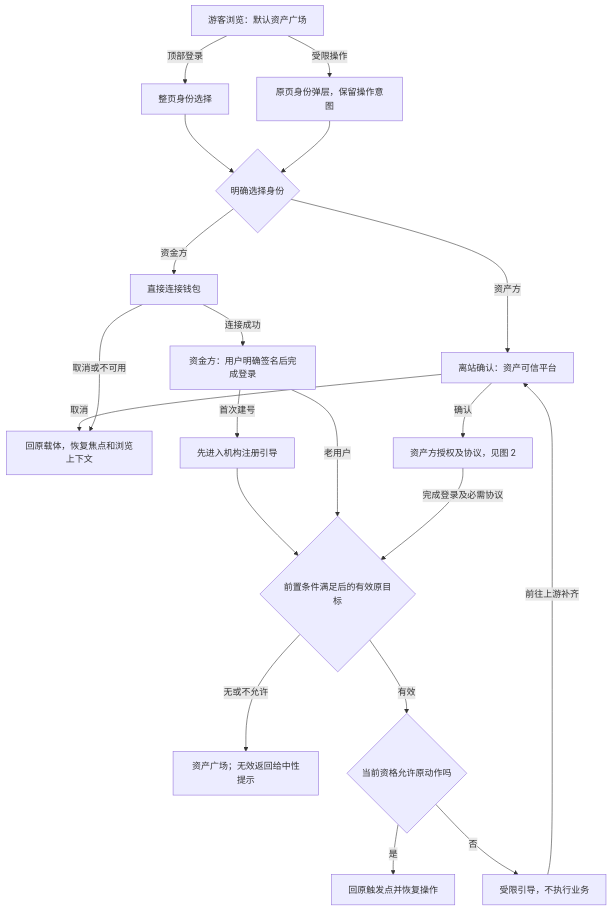
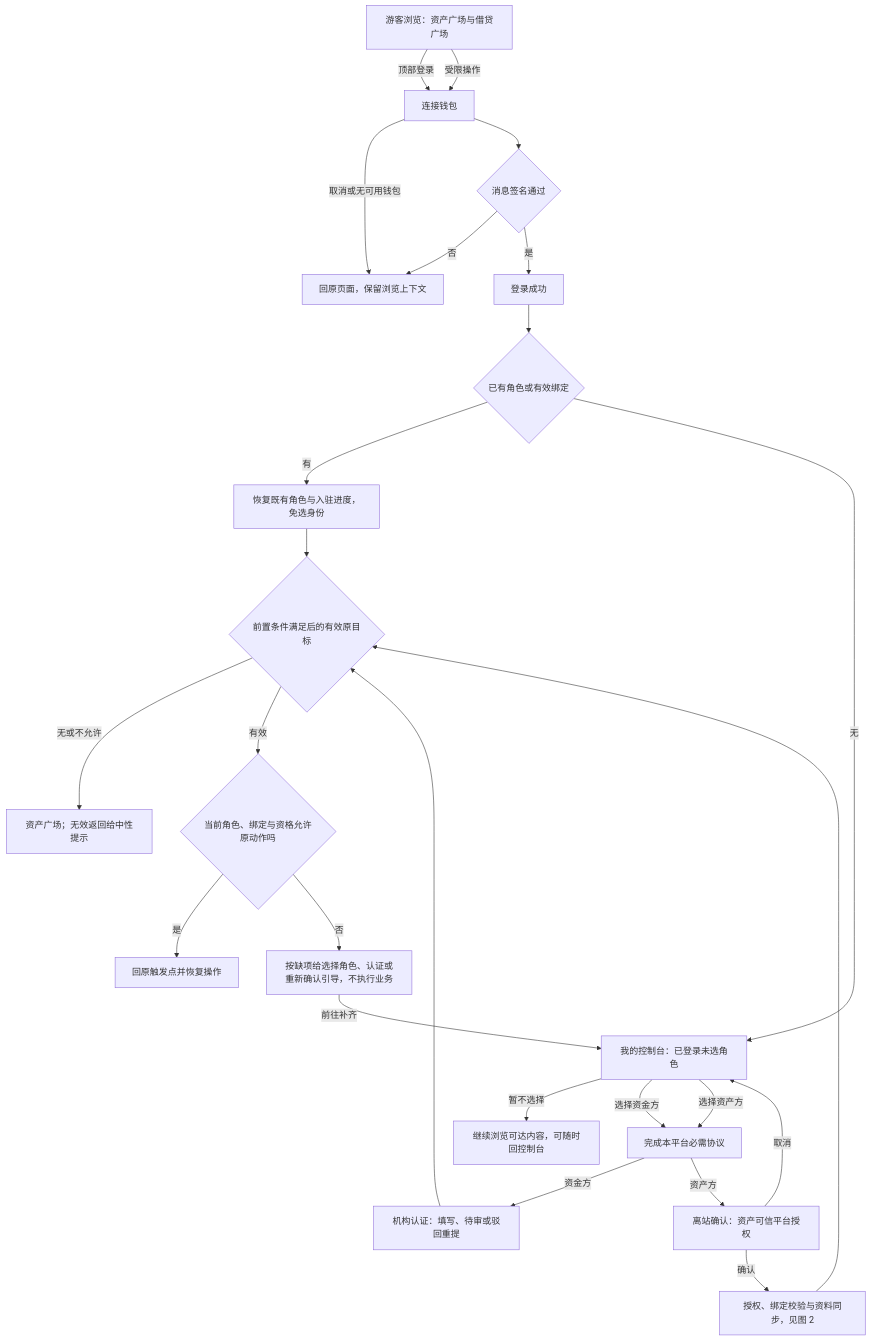
Before and after one commit to wxblockchain/Chain-Financing: the first of 7 diagrams in lending-platform/PRD/v2.0-登录与账户体系/02-登录主干与资产方SSO接入-流程图与状态机.md, drawn with Mermaid. The commit also changed other lines of this file and 2 other files, not shown here.

First line of the commit message:
docs(WS-371): rework login trunk to unified wallet sign-in with role choice in console

````diff
--- a/lending-platform/PRD/v2.0-登录与账户体系/02-登录主干与资产方SSO接入-流程图与状态机.md
+++ b/lending-platform/PRD/v2.0-登录与账户体系/02-登录主干与资产方SSO接入-流程图与状态机.md
@@ -10,22 +10,27 @@
 ```mermaid
 flowchart TD
-    G["游客浏览：默认资产广场"] -->|顶部登录| P["整页身份选择"]
-    G -->|受限操作| C["原页身份弹层，保留操作意图"]
-    P --> R{"明确选择身份"}
-    C --> R
-    R -->|资产方| L["离站确认：资产可信平台"]
-    L -->|取消| O["回原载体，恢复焦点和浏览上下文"]
-    L -->|确认| A["资产方授权及协议，见图 2"]
-    R -->|资金方| W["直接连接钱包"]
-    W -->|取消或不可用| O
-    W -->|连接成功| F["资金方：用户明确签名后完成登录"]
-    F -->|首次建号| B["先进入机构注册引导"]
-    B --> NEXT{"前置条件满足后的有效原目标"}
-    F -->|老用户| NEXT
-    A -->|完成登录及必需协议| NEXT
+    G["游客浏览：资产广场与借贷广场"] -->|顶部登录| W["连接钱包"]
+    G -->|受限操作| W
+    W -->|取消或无可用钱包| O["回原页面，保留浏览上下文"]
+    W --> S{"消息签名通过"}
+    S -->|否| O
+    S -->|是| IN["登录成功"]
+    IN --> HAS{"已有角色或有效绑定"}
+    HAS -->|有| ROLE["恢复既有角色与入驻进度，免选身份"]
+    HAS -->|无| CONSOLE["我的控制台：已登录未选角色"]
+    CONSOLE -->|暂不选择| BROWSE["继续浏览可达内容，可随时回控制台"]
+    CONSOLE -->|选择资金方| AGR["完成本平台必需协议"]
+    CONSOLE -->|选择资产方| AGR
+    AGR -->|资金方| FUND["机构认证：填写、待审或驳回重提"]
+    AGR -->|资产方| LEAVE["离站确认：资产可信平台授权"]
+    LEAVE -->|取消| CONSOLE
+    LEAVE -->|确认| AUTH["授权、绑定校验与资料同步，见图 2"]
+    ROLE --> NEXT{"前置条件满足后的有效原目标"}
+    FUND --> NEXT
+    AUTH --> NEXT
     NEXT -->|无或不允许| M["资产广场；无效返回给中性提示"]
-    NEXT -->|有效| Q{"当前资格允许原动作吗"}
+    NEXT -->|有效| Q{"当前角色、绑定与资格允许原动作吗"}
     Q -->|是| BACK["回原触发点并恢复操作"]
-    Q -->|否| GUIDE["受限引导，不执行业务"]
-    GUIDE -->|前往上游补齐| L
+    Q -->|否| GUIDE["按缺项给选择角色、认证或重新确认引导，不执行业务"]
+    GUIDE -->|前往补齐| CONSOLE
 ```
````
